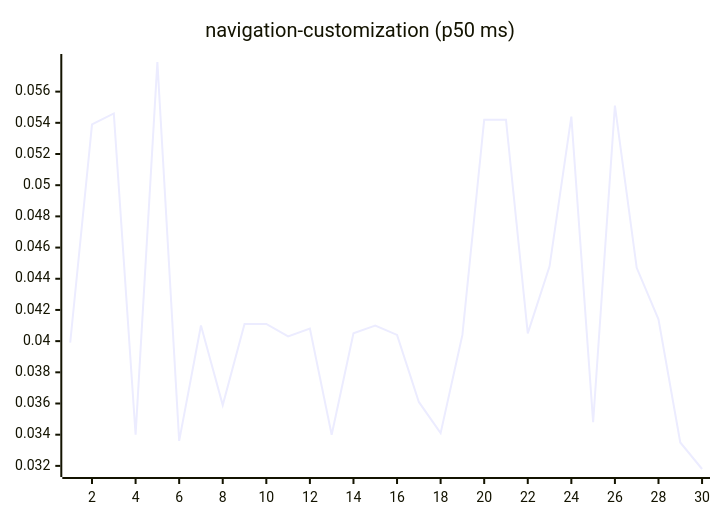
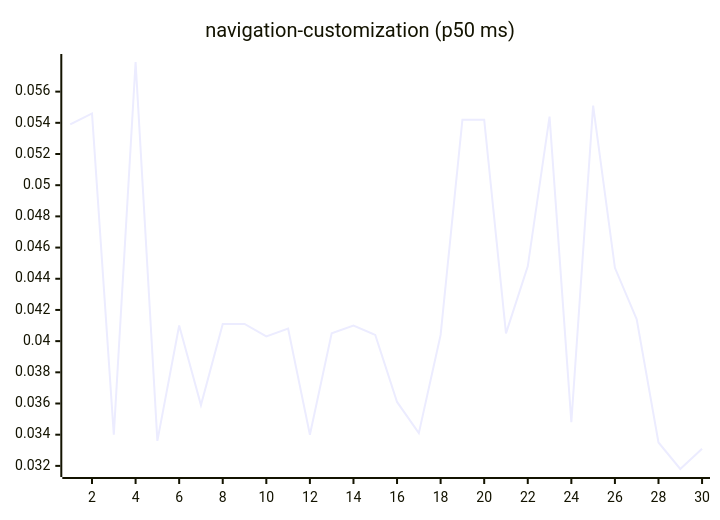
Diagram 15 of 27 in README.md (josha/Facet), drawn with Mermaid before and after one commit. The commit also changed other lines of this file and 2 other files, not shown here.

````diff
--- a/README.md
+++ b/README.md
@@ -161,6 +161,6 @@
 ```mermaid
 xychart-beta
     title "navigation-customization (p50 ms)"
     x-axis 1 --> 30
-    line [0.0399, 0.0539, 0.0546, 0.0340, 0.0579, 0.0336, 0.0410, 0.0359, 0.0411, 0.0411, 0.0403, 0.0408, 0.0340, 0.0405, 0.0410, 0.0404, 0.0361, 0.0341, 0.0404, 0.0542, 0.0542, 0.0405, 0.0448, 0.0544, 0.0348, 0.0551, 0.0447, 0.0414, 0.0335, 0.0318]
+    line [0.0539, 0.0546, 0.0340, 0.0579, 0.0336, 0.0410, 0.0359, 0.0411, 0.0411, 0.0403, 0.0408, 0.0340, 0.0405, 0.0410, 0.0404, 0.0361, 0.0341, 0.0404, 0.0542, 0.0542, 0.0405, 0.0448, 0.0544, 0.0348, 0.0551, 0.0447, 0.0414, 0.0335, 0.0318, 0.0331]
 ```
````
